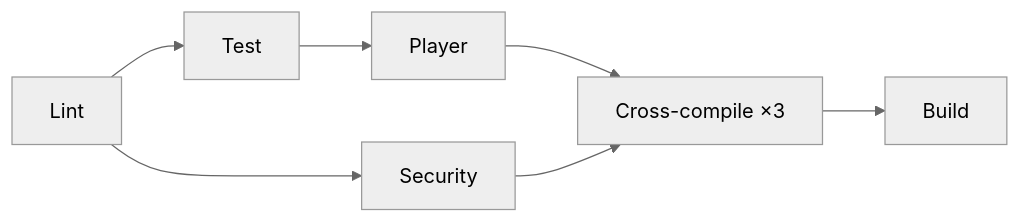
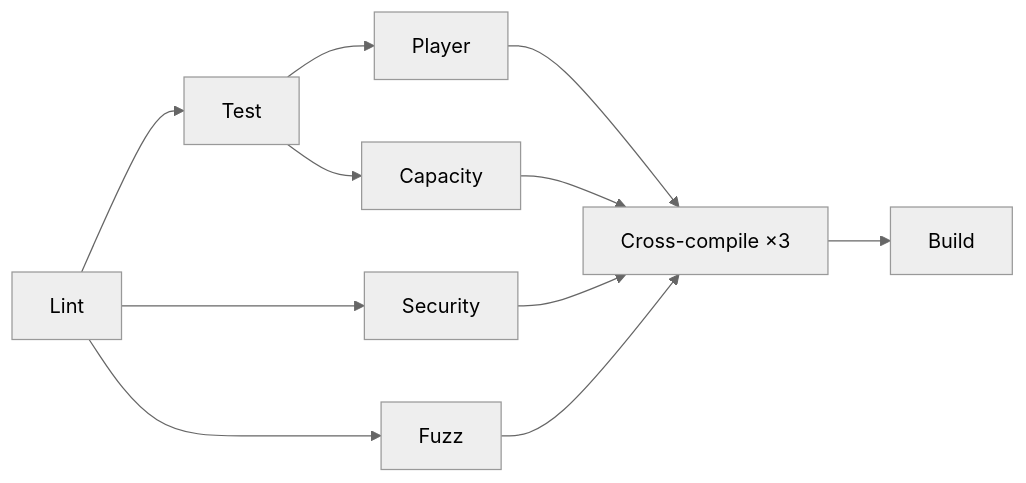
The second of 2 diagrams in CONTRIBUTING.md (KingOfKalk/wg-stream-proxy), drawn with Mermaid (neutral theme) before and after one commit. The commit also changed other lines of this file and 3 other files, not shown here.

Commit message:
ci: run short fuzzing and the capacity test on every push (#60)

````diff
--- a/CONTRIBUTING.md
+++ b/CONTRIBUTING.md
@@ -170,6 +170,6 @@
 ```mermaid
 flowchart LR
-    Lint --> Test & Security
-    Test --> Player
-    Player & Security --> cc["Cross-compile ×3"] --> Build
+    Lint --> Test & Security & Fuzz
+    Test --> Player & Capacity
+    Player & Capacity & Security & Fuzz --> cc["Cross-compile ×3"] --> Build
 ```
````
